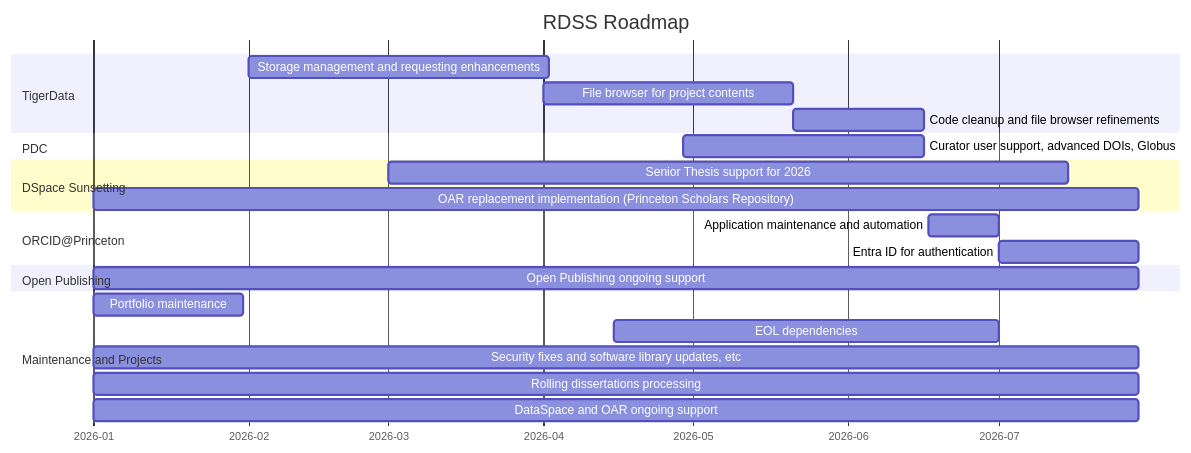
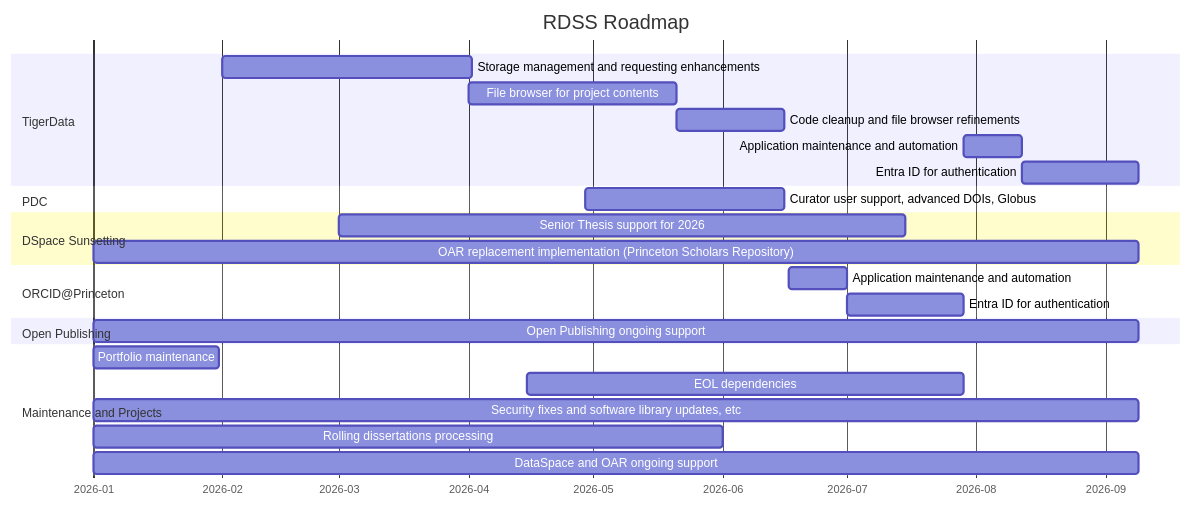
One commit to pulibrary/rdss-handbook changed the diagram in roadmap.md. Above: the diagram before and after it, drawn with Mermaid. The commit also changed 1 other file, not shown here.

Commit message:
Updated roadmap and added LUX to weekly deployment block (#376)

````diff
--- a/roadmap.md
+++ b/roadmap.md
@@ -5,32 +5,34 @@
 ```mermaid
 gantt
     title RDSS Roadmap
     axisFormat  %Y-%m
     dateformat YYYY-MM
 
     section TigerData
-    Storage management and requesting enhancements: 2026-02-01, 60d
-    File browser for project contents: 2026-04-01, 50d
-    Code cleanup and file browser refinements: 2026-05-21, 26d
+    Storage management and requesting enhancements: td1, 2026-02-01, 60d
+    File browser for project contents: td2, 2026-04-01, 50d
+    Code cleanup and file browser refinements: td3, 2026-05-21, 26d
+    Application maintenance and automation: td4,2026-07-29, 14d
+    Entra ID for authentication: td4,2026-08-12, 28d
 
     section PDC
     Curator user support, advanced DOIs, Globus: pdc1, 2026-04-29, 48d
 
     section DSpace Sunsetting
     Senior Thesis support for 2026: dsp3, 2026-03-01, 136d
-    OAR replacement implementation (Princeton Scholars Repository): dsps5, 2026-01-01, 209d
+    OAR replacement implementation (Princeton Scholars Repository): dsps5, 2026-01-01, 251d
 
     section ORCID@Princeton
     Application maintenance and automation: orc1,2026-06-17, 14d
     Entra ID for authentication: orc1,2026-07-01, 28d
 
     section Open Publishing
-    Open Publishing ongoing support: dsp3,2026-01-01, 209d
+    Open Publishing ongoing support: dsp3,2026-01-01, 251d
 
     section Maintenance and Projects
     Portfolio maintenance: 2026-01-01, 30d
-    EOL dependencies: 2026-04-15,77d
-    Security fixes and software library updates, etc: dsp1,2026-01-01, 209d
-    Rolling dissertations processing: dsp2,2026-01-01, 209d
-    DataSpace and OAR ongoing support: dsp3,2026-01-01, 209d    
+    EOL dependencies: 2026-04-15,105d
+    Security fixes and software library updates, etc: dsp1,2026-01-01, 251d
+    Rolling dissertations processing: dsp2,2026-01-01, 151d
+    DataSpace and OAR ongoing support: dsp3,2026-01-01, 251d     
 ```
````
